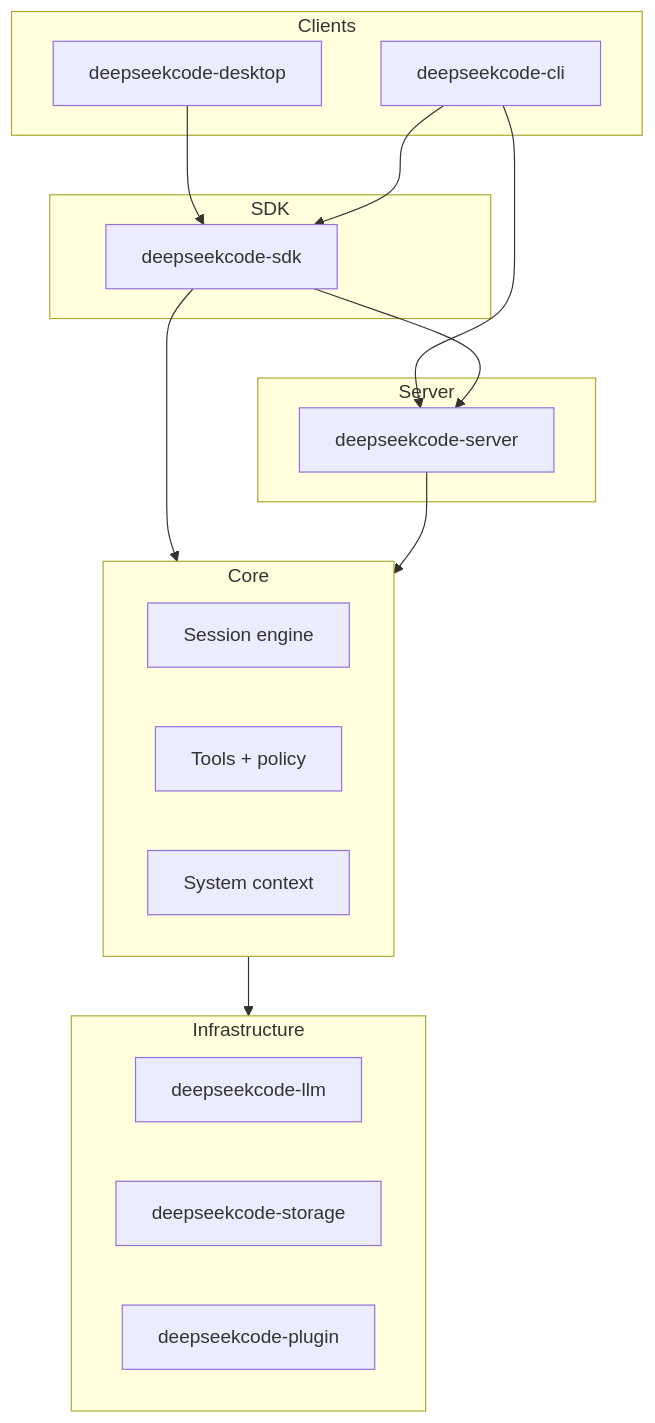
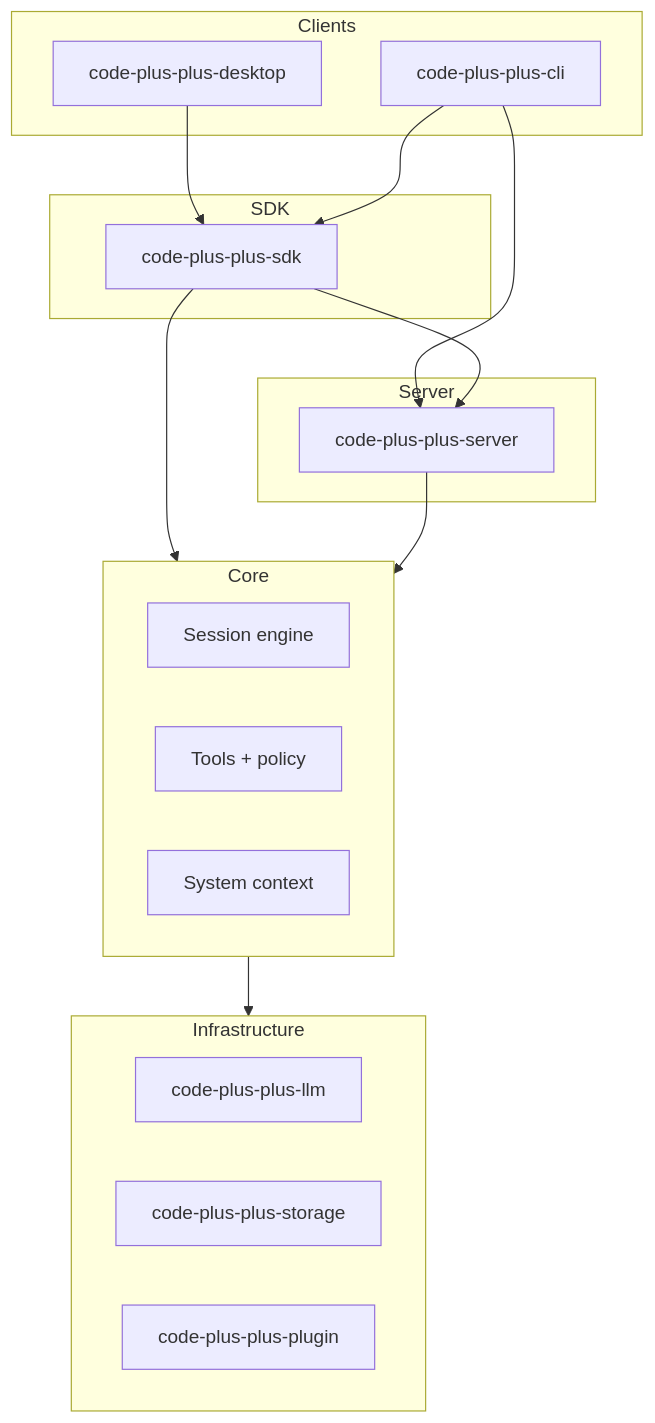
One commit to xtc002007/DeepSeekCode changed the diagram in docs/architecture.md. Above: the diagram before and after it, drawn with Mermaid. The commit also changed other lines of this file and 645 other files, not shown here.

````diff
--- a/docs/architecture.md
+++ b/docs/architecture.md
@@ -12,35 +12,35 @@
 ```mermaid
 flowchart TB
   subgraph clients [Clients]
-    Desktop[deepseekcode-desktop]
-    CLI[deepseekcode-cli]
+    Desktop[code-plus-plus-desktop]
+    CLI[code-plus-plus-cli]
   end
 
   subgraph sdk [SDK]
-    Sdk[deepseekcode-sdk]
+    Sdk[code-plus-plus-sdk]
   end
 
   subgraph server [Server]
-    Axum[deepseekcode-server]
+    Axum[code-plus-plus-server]
   end
 
   subgraph core [Core]
     Session[Session engine]
     Tools[Tools + policy]
     Ctx[System context]
   end
 
   subgraph infra [Infrastructure]
-    LLM[deepseekcode-llm]
-    DB[deepseekcode-storage]
-    Plugin[deepseekcode-plugin]
+    LLM[code-plus-plus-llm]
+    DB[code-plus-plus-storage]
+    Plugin[code-plus-plus-plugin]
   end
 
   Desktop --> Sdk
   CLI --> Sdk
   CLI --> Axum
   Sdk --> core
   Sdk --> Axum
   Axum --> core
   core --> infra
 ```
````
